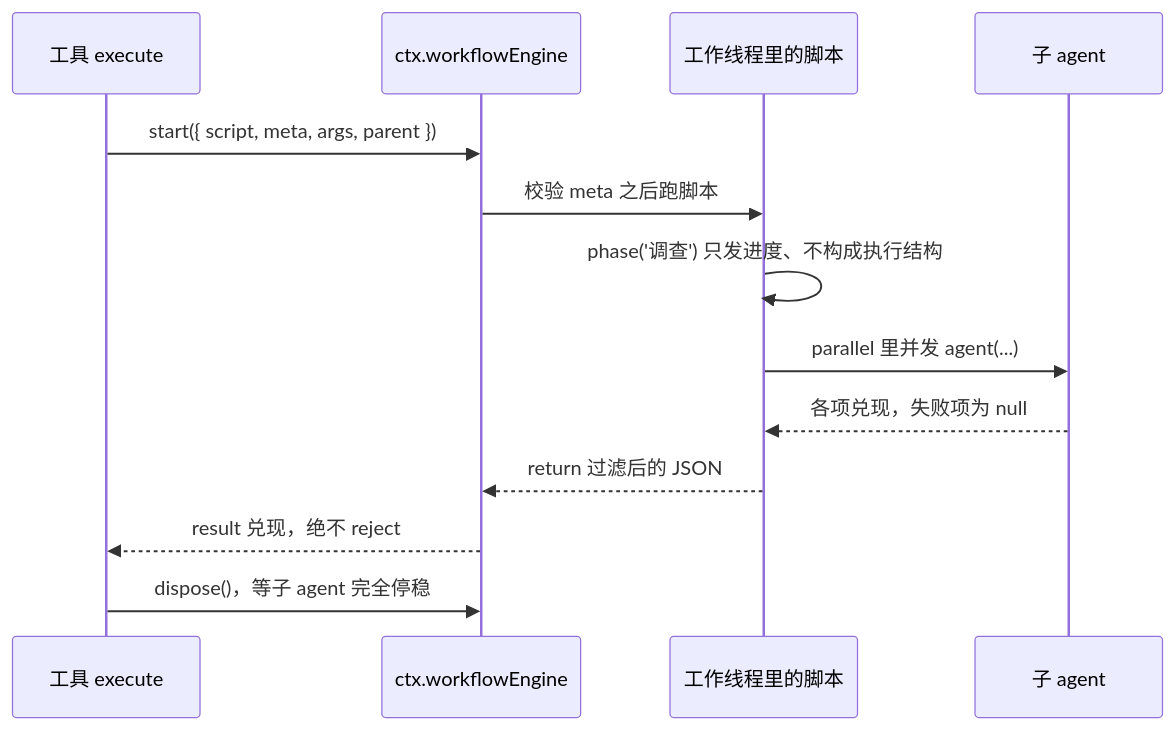
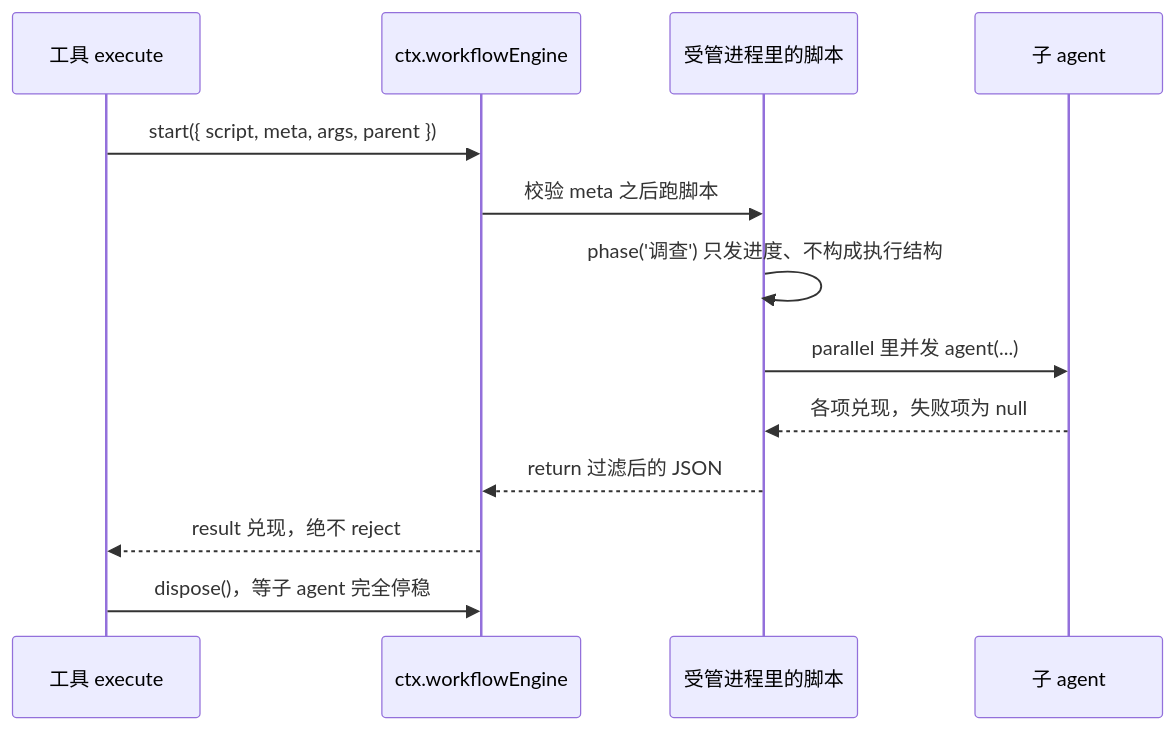
The third of 3 diagrams in dsh 插件开发学习/27-一批任务的并行编排.md (anthonyzhao-4926/blog), drawn with Mermaid before and after one commit. The commit also changed other lines of this file and 84 other files, not shown here.

````diff
--- a/dsh 插件开发学习/27-一批任务的并行编排.md
+++ b/dsh 插件开发学习/27-一批任务的并行编排.md
@@ -218,16 +218,16 @@
 ```mermaid
 sequenceDiagram
     participant T as 工具 execute
     participant E as ctx.workflowEngine
-    participant W as 工作线程里的脚本
+    participant W as 受管进程里的脚本
     participant A as 子 agent
 
     T->>E: start({ script, meta, args, parent })
     E->>W: 校验 meta 之后跑脚本
     W->>W: phase('调查') 只发进度、不构成执行结构
     W->>A: parallel 里并发 agent(...)
     A-->>W: 各项兑现，失败项为 null
     W-->>E: return 过滤后的 JSON
     E-->>T: result 兑现，绝不 reject
     T->>E: dispose()，等子 agent 完全停稳
 ```
````
